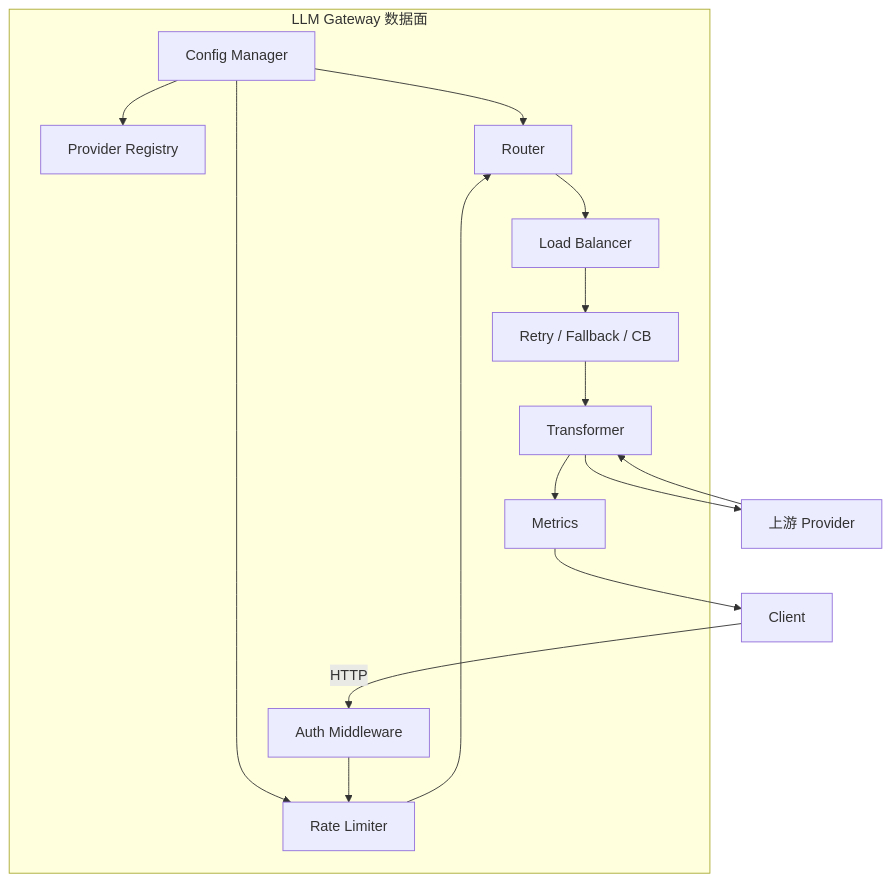
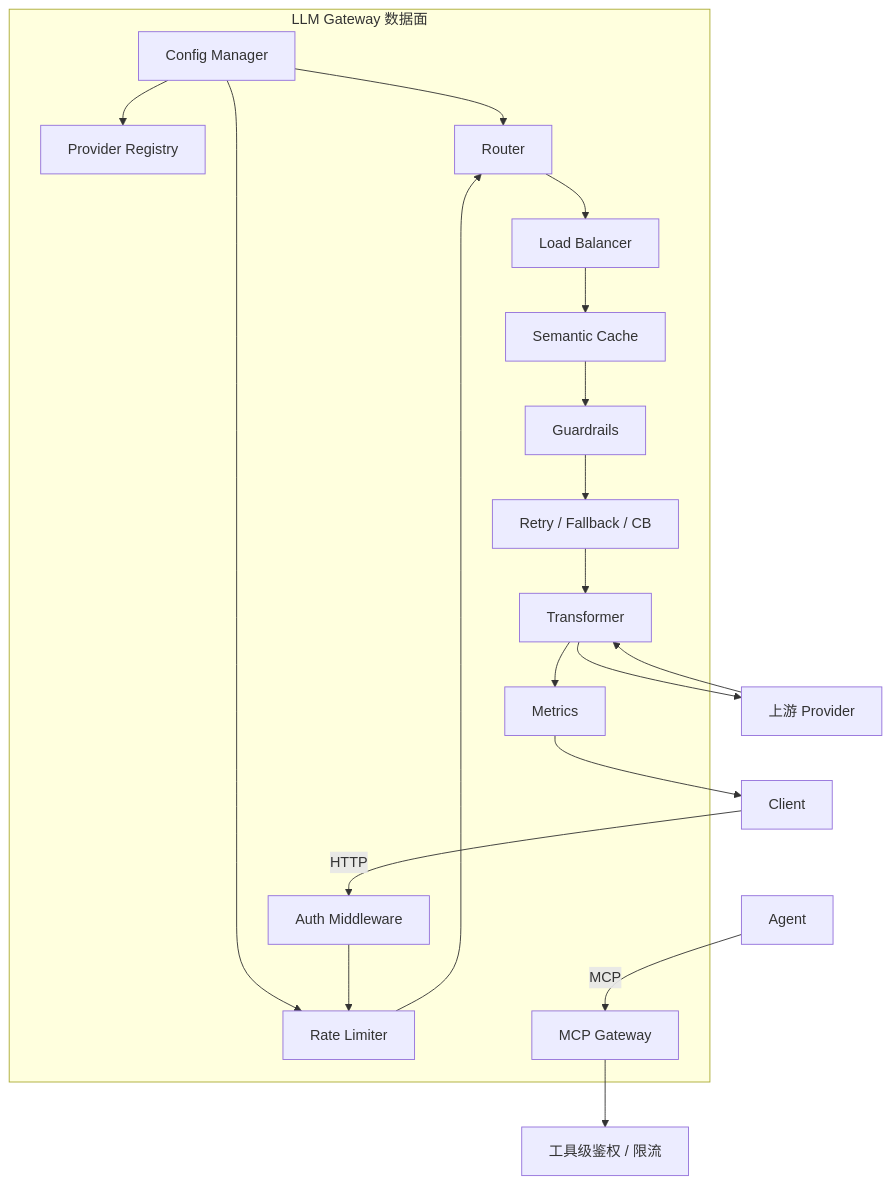
The diagram in docs/04-llmops/llm-gateway/05-core-modules.md (cypggs/AI_Infra_Handbook), drawn with Mermaid before and after one commit. The commit also changed other lines of this file and 11 other files, not shown here.

Commit message:
更新 LLM Gateway 主题至 2026-10 最新技术：语义缓存标配化、MCP/Agent 网关、KV-Cache 感知路由（GIE/llm-d/Dynamo）、CVE-2026-59822 安全基线

````diff
--- a/docs/04-llmops/llm-gateway/05-core-modules.md
+++ b/docs/04-llmops/llm-gateway/05-core-modules.md
@@ -7,21 +7,26 @@
 ```mermaid
 flowchart TB
     subgraph GW[LLM Gateway 数据面]
         Config[Config Manager]
         Registry[Provider Registry]
         Auth[Auth Middleware]
         RL[Rate Limiter]
         Router[Router]
         LB[Load Balancer]
         Retry[Retry / Fallback / CB]
         Trans[Transformer]
+        Cache[Semantic Cache]
+        Guard[Guardrails]
+        MCPGW[MCP Gateway]
         Metrics[Metrics]
     end
 
     Client -- HTTP --> Auth
+    Agent -- MCP --> MCPGW
     Config --> Registry
     Config --> Router
     Config --> RL
-    Auth --> RL --> Router --> LB --> Retry --> Trans --> Provider[上游 Provider]
+    Auth --> RL --> Router --> LB --> Cache --> Guard --> Retry --> Trans --> Provider[上游 Provider]
+    MCPGW --> TAuth[工具级鉴权 / 限流]
     Provider --> Trans --> Metrics --> Client
 ```
````
